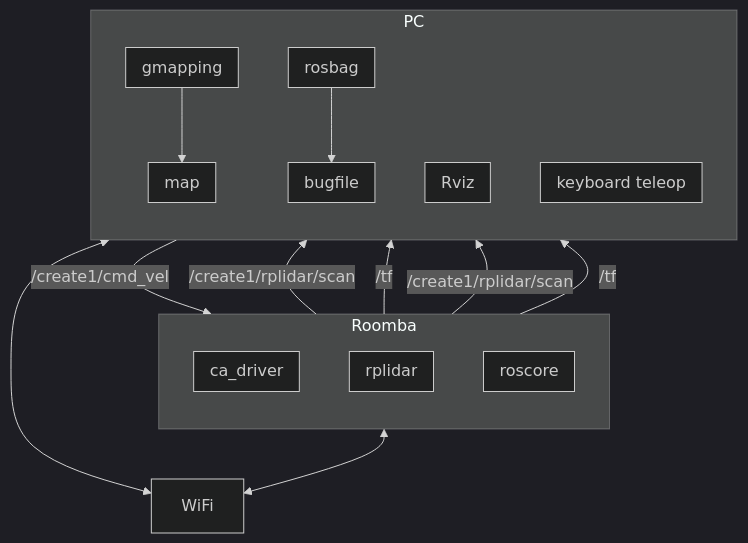
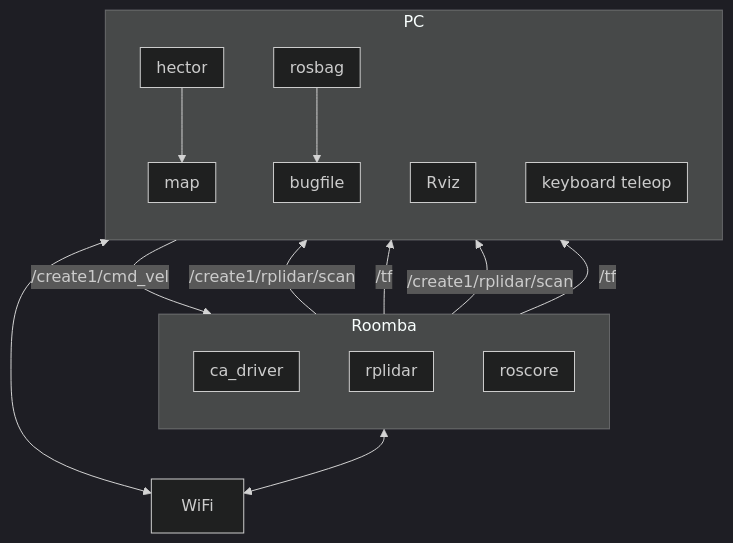
Before and after one commit to docofab/RoombaControlls: the diagram in ROS/instructions/slam-hector-real-roomba-ca_bringup.md, drawn with Mermaid (dark theme). The commit also changed other lines of this file, not shown here.

Commit message:
fixed hector-slam

````diff
--- a/ROS/instructions/slam-hector-real-roomba-ca_bringup.md
+++ b/ROS/instructions/slam-hector-real-roomba-ca_bringup.md
@@ -11,45 +11,45 @@
 ```mermaid
 flowchart TB
   subgraph Roomba
     direction TB
     subgraph C1[roscore]
         direction TB
     end
     subgraph C2[rplidar]
         direction TB
     end
     subgraph C3[ca_driver]
         direction TB
     end
   end
   subgraph PC
     direction TB
     subgraph B3[keyboard teleop]
         direction TB
     end
     subgraph B6[Rviz]
         direction TB
     end
     subgraph B4[rosbag]
         direction TB
     end
     subgraph B5[bugfile]
         direction TB
     end
-    subgraph B7[gmapping]
+    subgraph B7[hector]
         direction TB
     end
     subgraph B8[map]
         direction TB
     end
   end
 B3 -- /create1/cmd_vel --> C3
 C2 -- /create1/rplidar/scan --> B4
 C2 -- /tf --> B4
 C3 -- /create1/rplidar/scan --> B7
 C3 -- /tf --> B7
 B4 --> B5
 B7 --> B8
 Roomba <--> WiFi
 PC <--> WiFi
 ```
````
